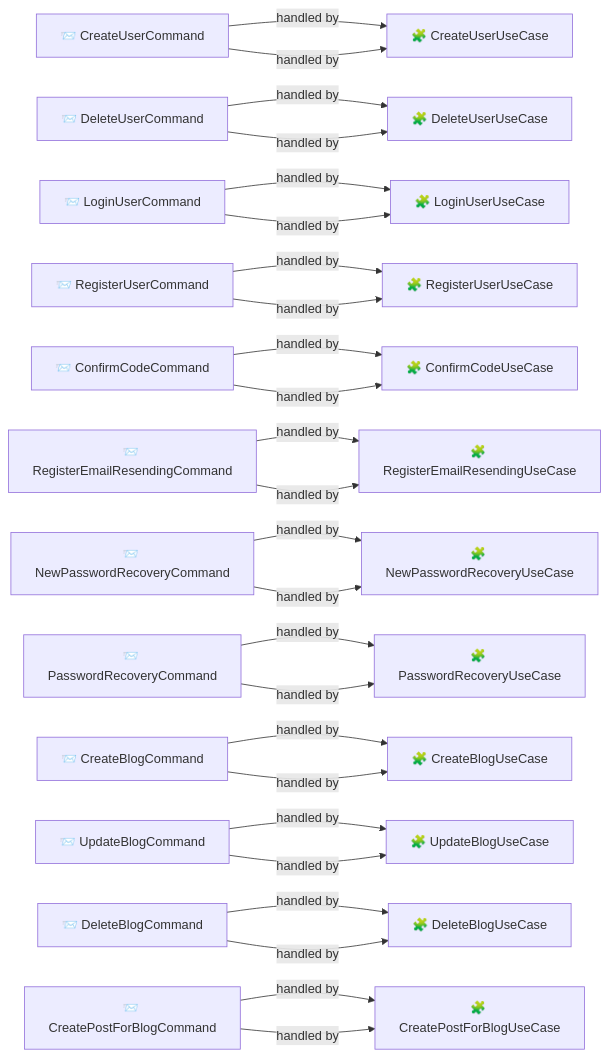
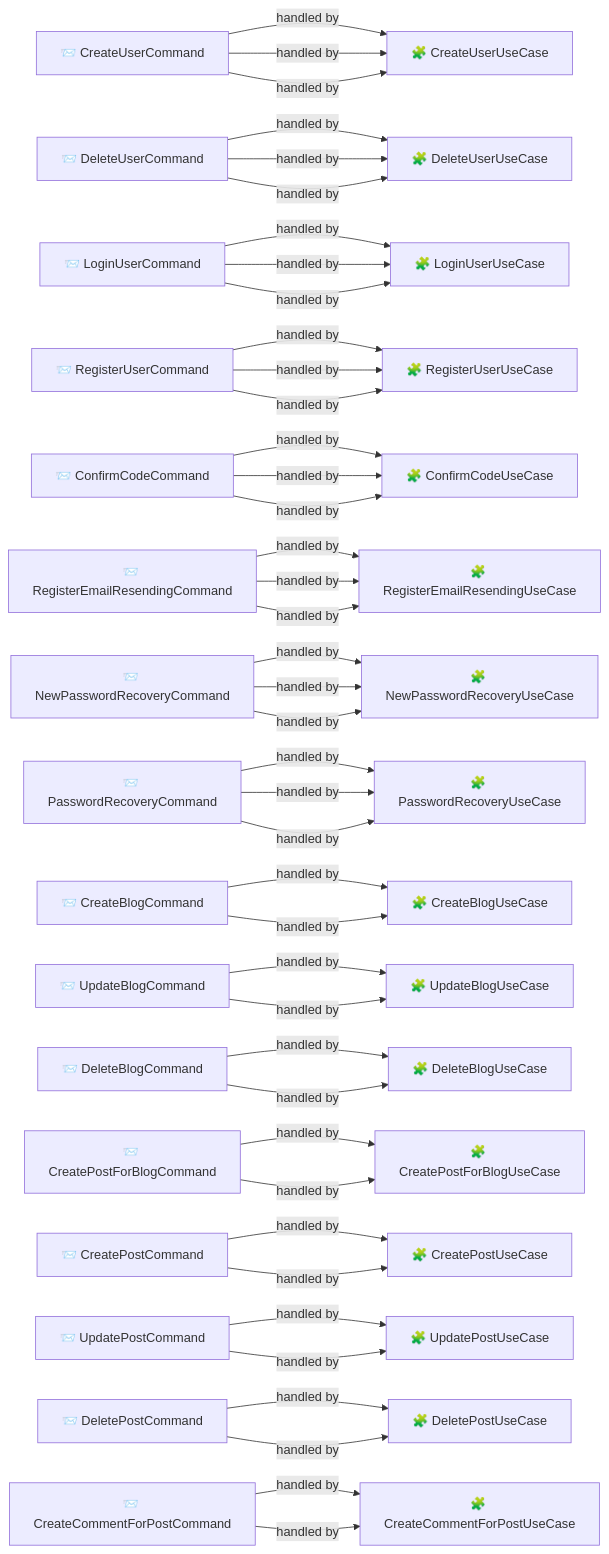
Diagram 14 of 14 in nest-graph.md (anechka002/blogger_platform_nest_sql), drawn with Mermaid before and after one commit. The commit also changed other lines of this file and 6 other files, not shown here.

````diff
--- a/nest-graph.md
+++ b/nest-graph.md
@@ -362,51 +467,75 @@
 ```mermaid
 graph LR
   command_CreateUserCommand["📨 CreateUserCommand"]
   handler_CreateUserUseCase["🧩 CreateUserUseCase"]
   command_DeleteUserCommand["📨 DeleteUserCommand"]
   handler_DeleteUserUseCase["🧩 DeleteUserUseCase"]
   command_LoginUserCommand["📨 LoginUserCommand"]
   handler_LoginUserUseCase["🧩 LoginUserUseCase"]
   command_RegisterUserCommand["📨 RegisterUserCommand"]
   handler_RegisterUserUseCase["🧩 RegisterUserUseCase"]
   command_ConfirmCodeCommand["📨 ConfirmCodeCommand"]
   handler_ConfirmCodeUseCase["🧩 ConfirmCodeUseCase"]
   command_RegisterEmailResendingCommand["📨 RegisterEmailResendingCommand"]
   handler_RegisterEmailResendingUseCase["🧩 RegisterEmailResendingUseCase"]
   command_NewPasswordRecoveryCommand["📨 NewPasswordRecoveryCommand"]
   handler_NewPasswordRecoveryUseCase["🧩 NewPasswordRecoveryUseCase"]
   command_PasswordRecoveryCommand["📨 PasswordRecoveryCommand"]
   handler_PasswordRecoveryUseCase["🧩 PasswordRecoveryUseCase"]
   command_CreateBlogCommand["📨 CreateBlogCommand"]
   handler_CreateBlogUseCase["🧩 CreateBlogUseCase"]
   command_UpdateBlogCommand["📨 UpdateBlogCommand"]
   handler_UpdateBlogUseCase["🧩 UpdateBlogUseCase"]
   command_DeleteBlogCommand["📨 DeleteBlogCommand"]
   handler_DeleteBlogUseCase["🧩 DeleteBlogUseCase"]
   command_CreatePostForBlogCommand["📨 CreatePostForBlogCommand"]
   handler_CreatePostForBlogUseCase["🧩 CreatePostForBlogUseCase"]
+  command_CreatePostCommand["📨 CreatePostCommand"]
+  handler_CreatePostUseCase["🧩 CreatePostUseCase"]
+  command_UpdatePostCommand["📨 UpdatePostCommand"]
+  handler_UpdatePostUseCase["🧩 UpdatePostUseCase"]
+  command_DeletePostCommand["📨 DeletePostCommand"]
+  handler_DeletePostUseCase["🧩 DeletePostUseCase"]
+  command_CreateCommentForPostCommand["📨 CreateCommentForPostCommand"]
+  handler_CreateCommentForPostUseCase["🧩 CreateCommentForPostUseCase"]
   command_CreateUserCommand -->|handled by| handler_CreateUserUseCase
   command_DeleteUserCommand -->|handled by| handler_DeleteUserUseCase
   command_LoginUserCommand -->|handled by| handler_LoginUserUseCase
   command_RegisterUserCommand -->|handled by| handler_RegisterUserUseCase
   command_ConfirmCodeCommand -->|handled by| handler_ConfirmCodeUseCase
   command_RegisterEmailResendingCommand -->|handled by| handler_RegisterEmailResendingUseCase
   command_NewPasswordRecoveryCommand -->|handled by| handler_NewPasswordRecoveryUseCase
   command_PasswordRecoveryCommand -->|handled by| handler_PasswordRecoveryUseCase
   command_CreateBlogCommand -->|handled by| handler_CreateBlogUseCase
   command_UpdateBlogCommand -->|handled by| handler_UpdateBlogUseCase
   command_DeleteBlogCommand -->|handled by| handler_DeleteBlogUseCase
   command_CreatePostForBlogCommand -->|handled by| handler_CreatePostForBlogUseCase
+  command_CreatePostCommand -->|handled by| handler_CreatePostUseCase
+  command_UpdatePostCommand -->|handled by| handler_UpdatePostUseCase
+  command_DeletePostCommand -->|handled by| handler_DeletePostUseCase
+  command_CreateCommentForPostCommand -->|handled by| handler_CreateCommentForPostUseCase
   command_CreateUserCommand -->|handled by| handler_CreateUserUseCase
   command_DeleteUserCommand -->|handled by| handler_DeleteUserUseCase
   command_LoginUserCommand -->|handled by| handler_LoginUserUseCase
   command_RegisterUserCommand -->|handled by| handler_RegisterUserUseCase
   command_ConfirmCodeCommand -->|handled by| handler_ConfirmCodeUseCase
   command_RegisterEmailResendingCommand -->|handled by| handler_RegisterEmailResendingUseCase
   command_NewPasswordRecoveryCommand -->|handled by| handler_NewPasswordRecoveryUseCase
   command_PasswordRecoveryCommand -->|handled by| handler_PasswordRecoveryUseCase
   command_CreateBlogCommand -->|handled by| handler_CreateBlogUseCase
   command_UpdateBlogCommand -->|handled by| handler_UpdateBlogUseCase
   command_DeleteBlogCommand -->|handled by| handler_DeleteBlogUseCase
   command_CreatePostForBlogCommand -->|handled by| handler_CreatePostForBlogUseCase
+  command_CreatePostCommand -->|handled by| handler_CreatePostUseCase
+  command_UpdatePostCommand -->|handled by| handler_UpdatePostUseCase
+  command_DeletePostCommand -->|handled by| handler_DeletePostUseCase
+  command_CreateCommentForPostCommand -->|handled by| handler_CreateCommentForPostUseCase
+  command_CreateUserCommand -->|handled by| handler_CreateUserUseCase
+  command_DeleteUserCommand -->|handled by| handler_DeleteUserUseCase
+  command_LoginUserCommand -->|handled by| handler_LoginUserUseCase
+  command_RegisterUserCommand -->|handled by| handler_RegisterUserUseCase
+  command_ConfirmCodeCommand -->|handled by| handler_ConfirmCodeUseCase
+  command_RegisterEmailResendingCommand -->|handled by| handler_RegisterEmailResendingUseCase
+  command_NewPasswordRecoveryCommand -->|handled by| handler_NewPasswordRecoveryUseCase
+  command_PasswordRecoveryCommand -->|handled by| handler_PasswordRecoveryUseCase
 ```
````
